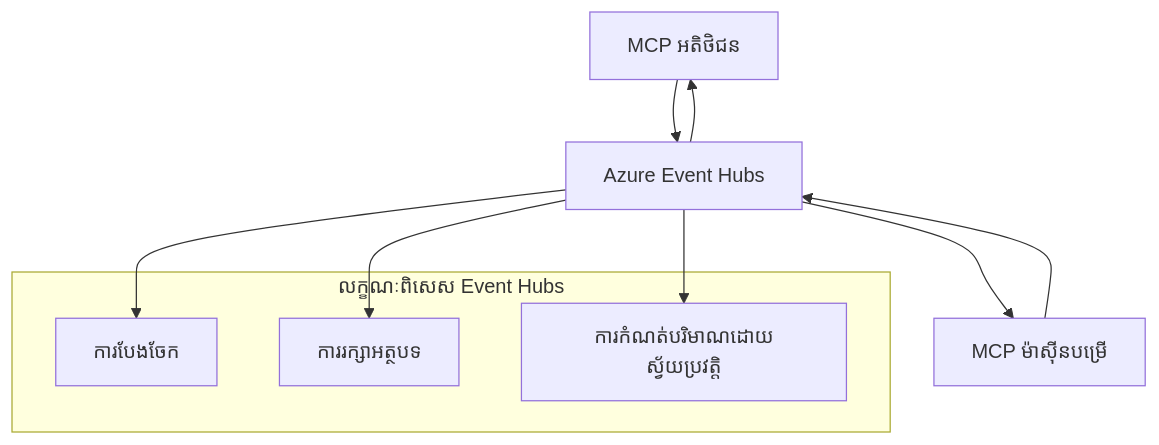
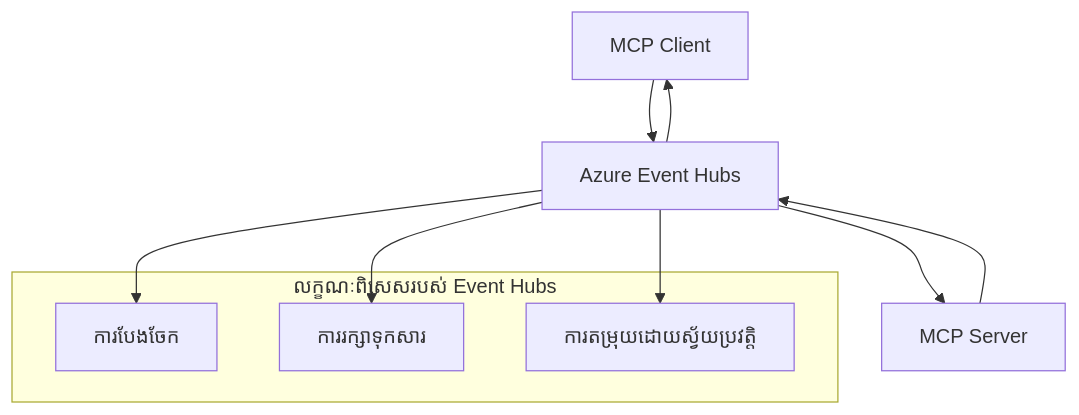
Before and after one commit to HIDORAKAI002/ai-workspace-archive: the second of 2 diagrams in mcp_ecosystem__model_context_protocol/mcp_learning_resources/mcp-for-beginners/translations/km/05-AdvancedTopics/mcp-transport/README.md, drawn with Mermaid. The commit also changed other lines of this file and 1539 other files, not shown here.

````diff
--- a/mcp_ecosystem__model_context_protocol/mcp_learning_resources/mcp-for-beginners/translations/km/05-AdvancedTopics/mcp-transport/README.md
+++ b/mcp_ecosystem__model_context_protocol/mcp_learning_resources/mcp-for-beginners/translations/km/05-AdvancedTopics/mcp-transport/README.md
@@ -269,17 +270,17 @@
 ```mermaid
 graph TB
-    Client[MCP អតិថិជន] --> EH[Azure Event Hubs]
-    EH --> Server[MCP ម៉ាស៊ីនបម្រើ]
+    Client[MCP Client] --> EH[Azure Event Hubs]
+    EH --> Server[MCP Server]
     Server --> EH
     EH --> Client
     
-    subgraph "លក្ខណៈពិសេស Event Hubs"
+    subgraph "លក្ខណៈពិសេសរបស់ Event Hubs"
         Partition[ការបែងចែក]
-        Retention[ការរក្សាអត្ថបទ]
-        Scaling[ការកំណត់បរិមាណដោយស្វ័យប្រវត្តិ]
+        Retention[ការរក្សាទុកសារ]
+        Scaling[ការតម្រុយដោយស្វ័យប្រវត្តិ]
     end
     
     EH --> Partition
     EH --> Retention
     EH --> Scaling
 ```
````
